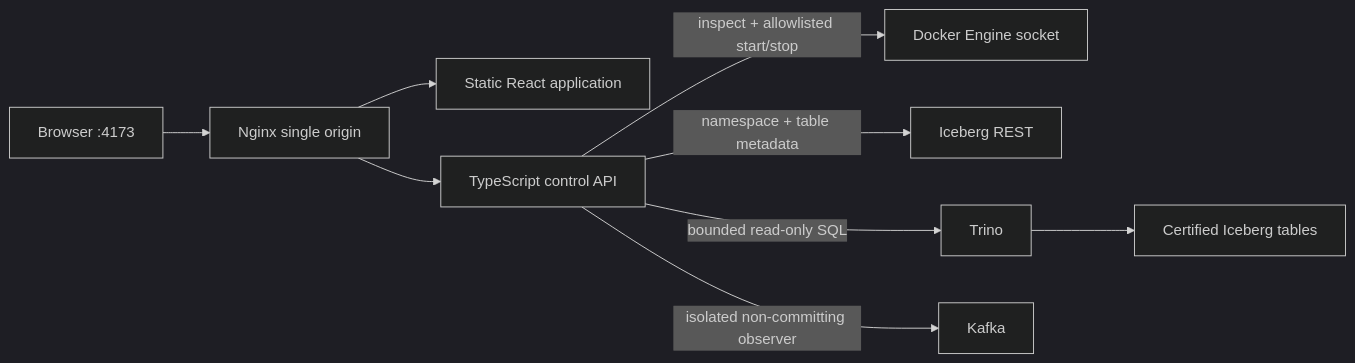
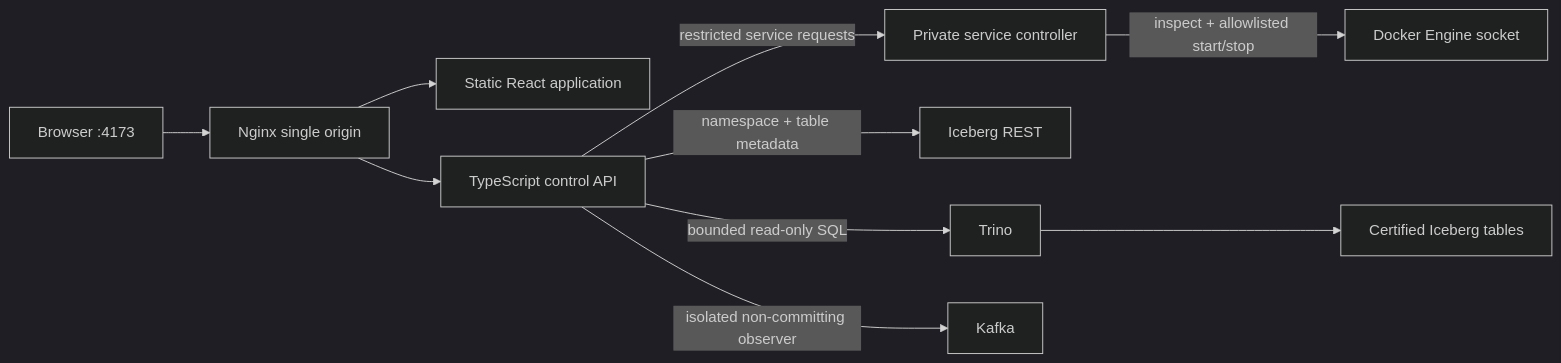
The fourth of 4 diagrams in README.md (acilione/marketplace_lakehouse), drawn with Mermaid (dark theme) before and after one commit. The commit also changed other lines of this file and 50 other files, not shown here.

````diff
--- a/README.md
+++ b/README.md
@@ -491,11 +561,12 @@
 ```mermaid
 flowchart LR
     B[Browser :4173] --> N[Nginx single origin]
     N --> S[Static React application]
     N --> API[TypeScript control API]
-    API -->|inspect + allowlisted start/stop| D[Docker Engine socket]
+    API -->|restricted service requests| SC[Private service controller]
+    SC -->|inspect + allowlisted start/stop| D[Docker Engine socket]
     API -->|namespace + table metadata| I[Iceberg REST]
     API -->|bounded read-only SQL| T[Trino]
     API -->|isolated non-committing observer| K[Kafka]
     T --> C[Certified Iceberg tables]
 ```
````
